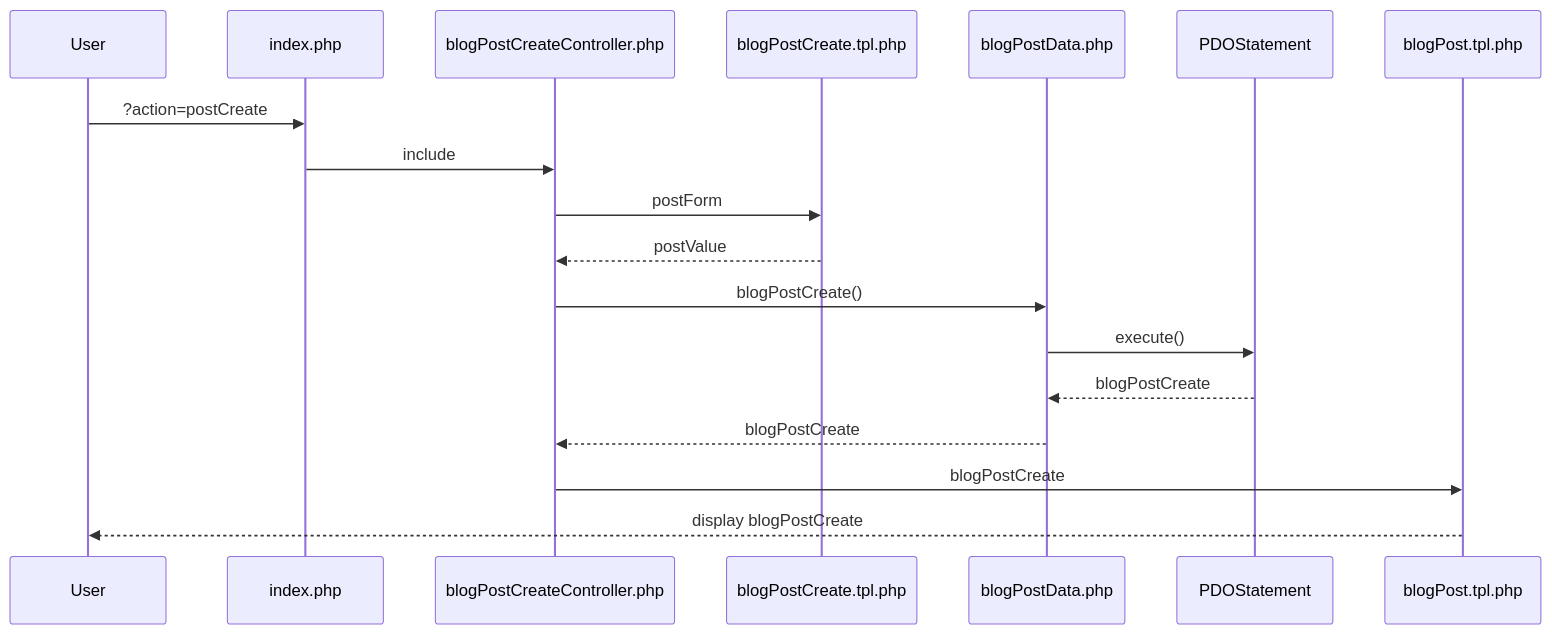
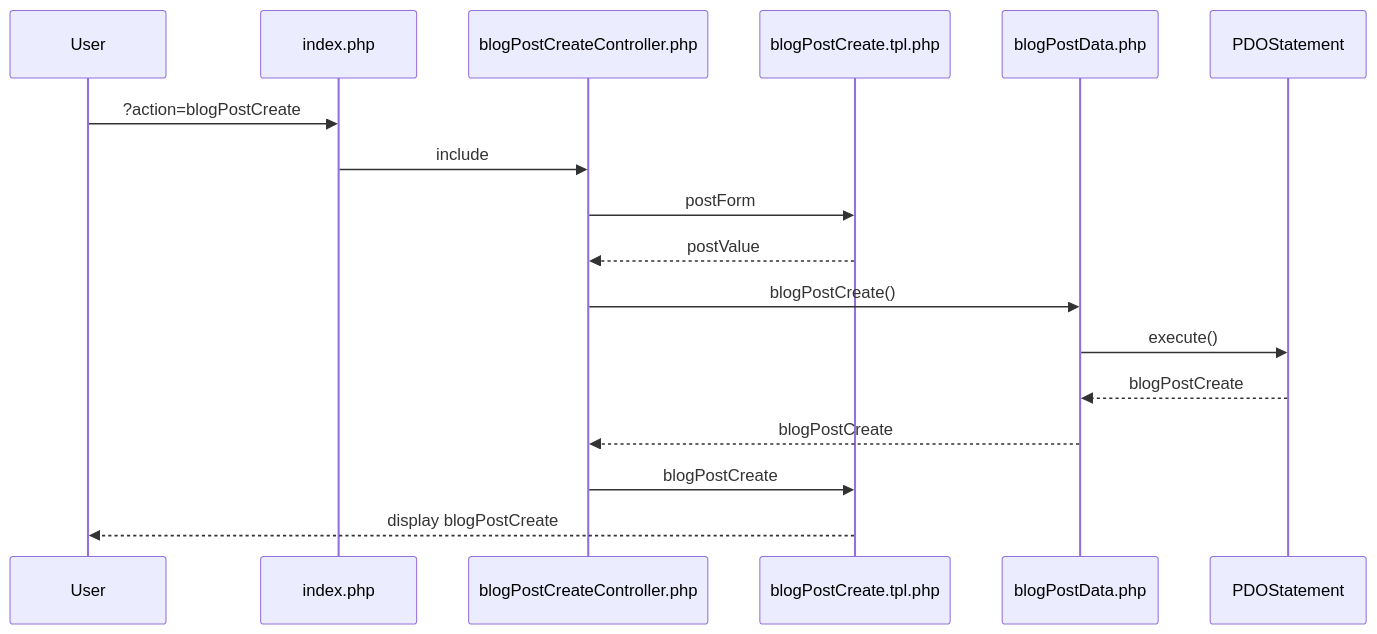
The fourth of 4 diagrams in doc/diagram.md (FlorentSCampus/blog), drawn with Mermaid before and after one commit. The commit also changed 4 other files, not shown here.

````diff
--- a/doc/diagram.md
+++ b/doc/diagram.md
@@ -52,13 +52,13 @@
 ```mermaid
 sequenceDiagram
-User->>index.php: ?action=postCreate
+User->>index.php: ?action=blogPostCreate
 index.php->>blogPostCreateController.php: include
 blogPostCreateController.php->>blogPostCreate.tpl.php: postForm
 blogPostCreate.tpl.php-->>blogPostCreateController.php: postValue
 blogPostCreateController.php->>blogPostData.php: blogPostCreate()
 blogPostData.php->>PDOStatement: execute()
 PDOStatement-->>blogPostData.php: blogPostCreate
 blogPostData.php-->>blogPostCreateController.php: blogPostCreate
-blogPostCreateController.php->>blogPost.tpl.php: blogPostCreate
-blogPost.tpl.php-->>User: display blogPostCreate
+blogPostCreateController.php->>blogPostCreate.tpl.php: blogPostCreate
+blogPostCreate.tpl.php-->>User: display blogPostCreate
 ```
````
